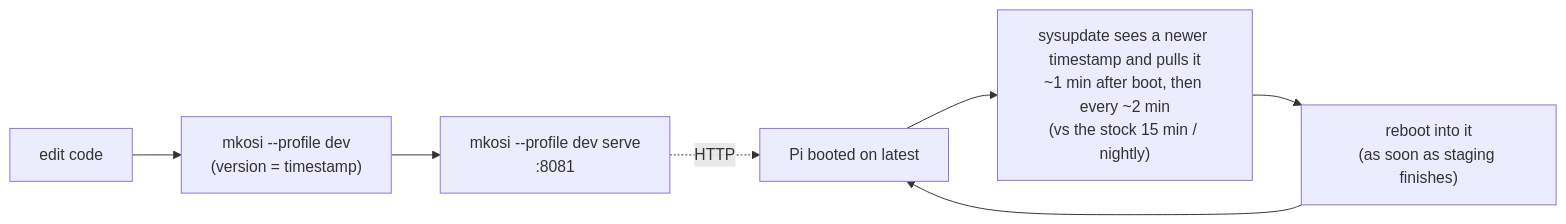
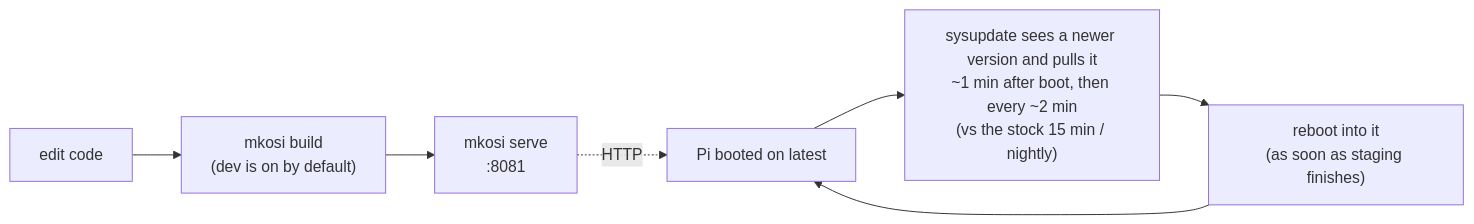
One commit to valtzu/rpi-mkosi changed the second of 2 diagrams in README.md. Above: the diagram before and after it, drawn with Mermaid. The commit also changed other lines of this file and 3 other files, not shown here.

First line of the commit message:
Make dev a default-on profile, add a release profile for CI

````diff
--- a/README.md
+++ b/README.md
@@ -177,9 +200,9 @@
 ```mermaid
 flowchart LR
-    edit["edit code"] --> build["mkosi --profile dev<br/>(version = timestamp)"]
-    build --> serve["mkosi --profile dev serve<br/>:8081"]
+    edit["edit code"] --> build["mkosi build<br/>(dev is on by default)"]
+    build --> serve["mkosi serve<br/>:8081"]
     serve -. HTTP .-> pi
-    pi["Pi booted on latest"] --> pull["sysupdate sees a newer timestamp and pulls it<br/>~1 min after boot, then every ~2 min<br/>(vs the stock 15 min / nightly)"]
+    pi["Pi booted on latest"] --> pull["sysupdate sees a newer version and pulls it<br/>~1 min after boot, then every ~2 min<br/>(vs the stock 15 min / nightly)"]
     pull --> reboot["reboot into it<br/>(as soon as staging finishes)"]
     reboot --> pi
 ```
````
